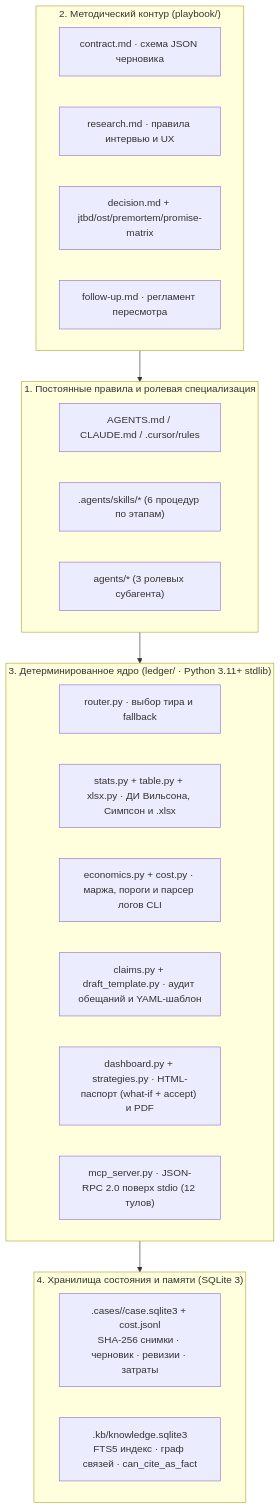
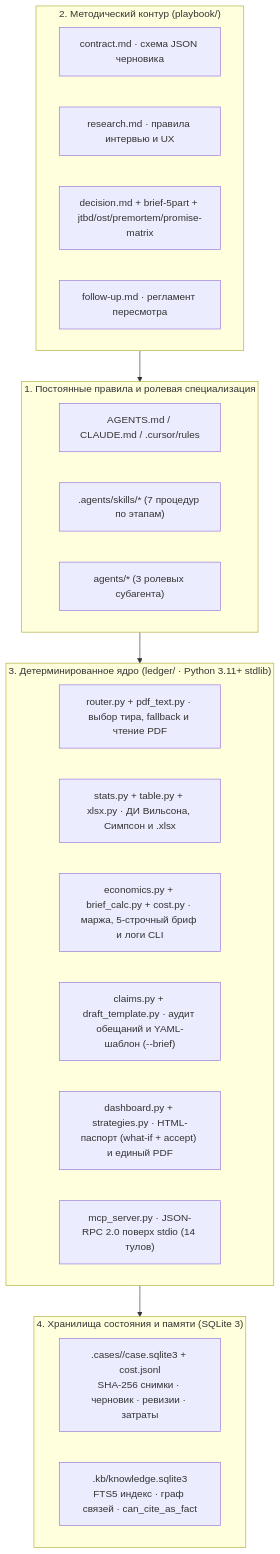
The diagram in docs/architecture.md (artemmalanin979-create/decision-ledger), drawn with Mermaid before and after one commit. The commit also changed other lines of this file and 16 other files, not shown here.

````diff
--- a/docs/architecture.md
+++ b/docs/architecture.md
@@ -13,33 +13,33 @@
 ```mermaid
 flowchart TB
     subgraph L1["1. Постоянные правила и ролевая специализация"]
         A1["AGENTS.md / CLAUDE.md / .cursor/rules"]
-        A2[".agents/skills/* (6 процедур по этапам)"]
+        A2[".agents/skills/* (7 процедур по этапам)"]
         A3["agents/* (3 ролевых субагента)"]
     end
 
     subgraph L2["2. Методический контур (playbook/)"]
         P1["contract.md · схема JSON черновика"]
         P2["research.md · правила интервью и UX"]
-        P3["decision.md + jtbd/ost/premortem/promise-matrix"]
+        P3["decision.md + brief-5part + jtbd/ost/premortem/promise-matrix"]
         P4["follow-up.md · регламент пересмотра"]
     end
 
     subgraph L3["3. Детерминированное ядро (ledger/ · Python 3.11+ stdlib)"]
-        C1["router.py · выбор тира и fallback"]
+        C1["router.py + pdf_text.py · выбор тира, fallback и чтение PDF"]
         C2["stats.py + table.py + xlsx.py · ДИ Вильсона, Симпсон и .xlsx"]
-        C3["economics.py + cost.py · маржа, пороги и парсер логов CLI"]
-        C4["claims.py + draft_template.py · аудит обещаний и YAML-шаблон"]
-        C5["dashboard.py + strategies.py · HTML-паспорт (what-if + accept) и PDF"]
-        C6["mcp_server.py · JSON-RPC 2.0 поверх stdio (12 тулов)"]
+        C3["economics.py + brief_calc.py + cost.py · маржа, 5-строчный бриф и логи CLI"]
+        C4["claims.py + draft_template.py · аудит обещаний и YAML-шаблон (--brief)"]
+        C5["dashboard.py + strategies.py · HTML-паспорт (what-if + accept) и единый PDF"]
+        C6["mcp_server.py · JSON-RPC 2.0 поверх stdio (14 тулов)"]
     end
 
     subgraph L4["4. Хранилища состояния и памяти (SQLite 3)"]
         S1[".cases/<case>/case.sqlite3 + cost.jsonl\nSHA-256 снимки · черновик · ревизии · затраты"]
         S2[".kb/knowledge.sqlite3\nFTS5 индекс · граф связей · can_cite_as_fact"]
     end
 
     L1 --> L3
     L2 --> L1
     L3 --> L4
 ```
````
